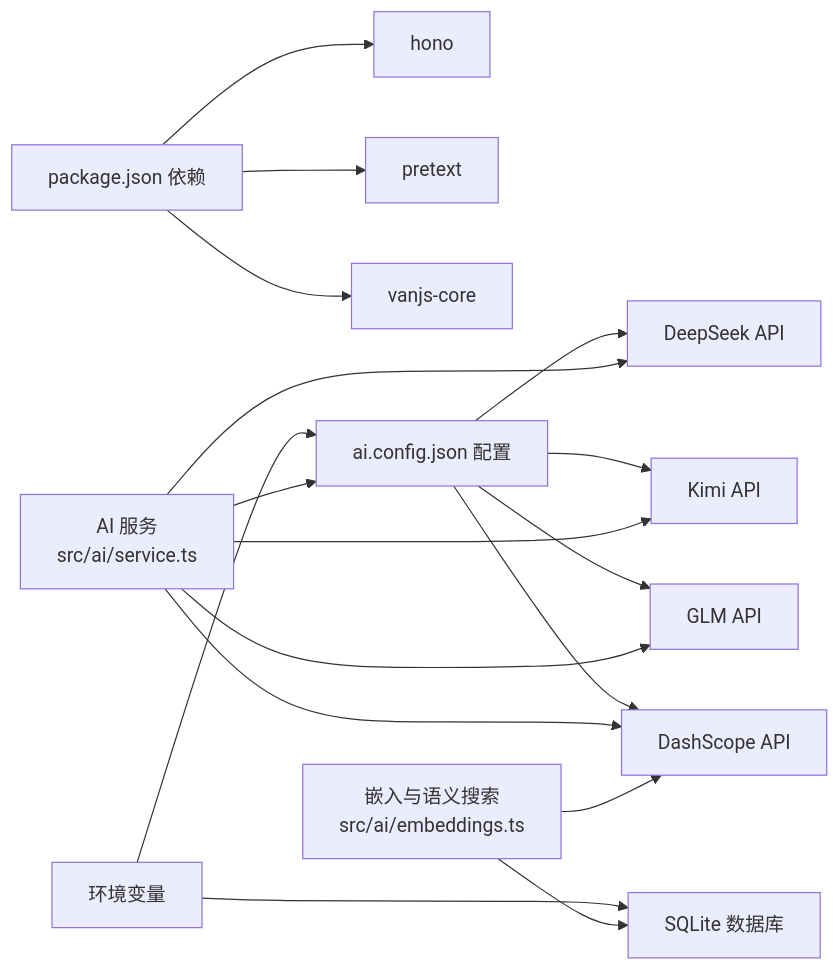
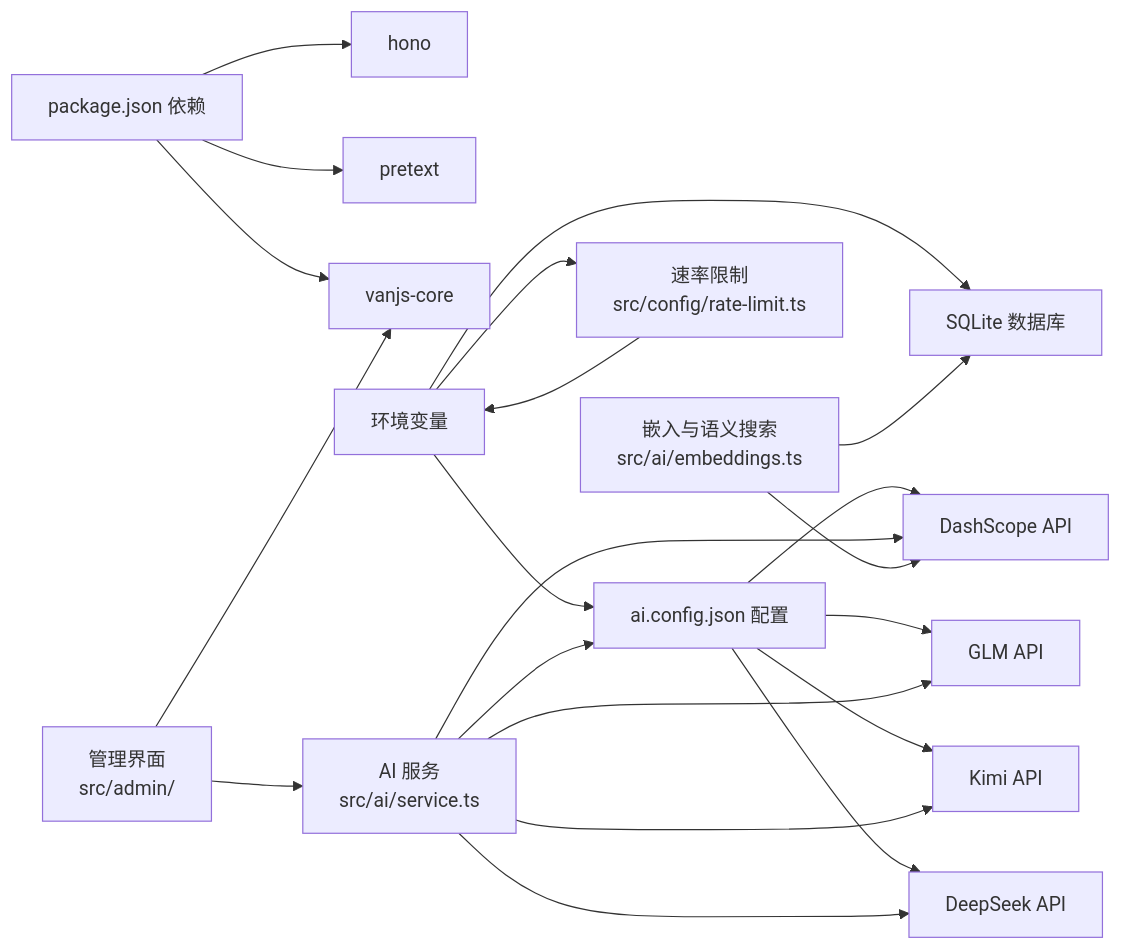
The seventh of 7 diagrams in .qoder/repowiki/zh/content/API 接口文档/AI 集成 API.md (BlackBoxRecorder/memos), drawn with Mermaid before and after one commit. The commit also changed other lines of this file and 6 other files, not shown here.

````diff
--- a/.qoder/repowiki/zh/content/API 接口文档/AI 集成 API.md
+++ b/.qoder/repowiki/zh/content/API 接口文档/AI 集成 API.md
@@ -368,19 +445,23 @@
 ```mermaid
 graph LR
 P["package.json 依赖"] --> H["hono"]
 P --> PT["pretext"]
 P --> VJ["vanjs-core"]
 CFG["ai.config.json 配置"] --> DS["DeepSeek API"]
 CFG --> KM["Kimi API"]
 CFG --> GLM["GLM API"]
 CFG --> DSC["DashScope API"]
 ENV["环境变量"] --> CFG
+ENV --> RL["速率限制配置"]
 ENV --> DB["SQLite 数据库"]
 SVC["AI 服务<br/>src/ai/service.ts"] --> CFG
 SVC --> DS
 SVC --> KM
 SVC --> GLM
 SVC --> DSC
 EMB["嵌入与语义搜索<br/>src/ai/embeddings.ts"] --> DSC
 EMB --> DB
+RL["速率限制<br/>src/config/rate-limit.ts"] --> ENV
+ADMIN["管理界面<br/>src/admin/"] --> VJ
+ADMIN --> SVC
 ```
````
